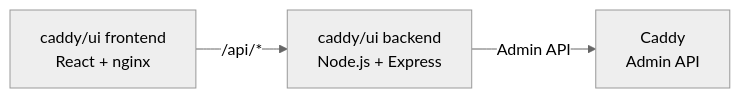
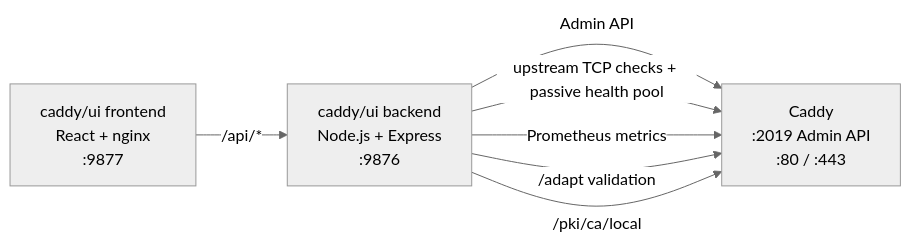
One commit to zackwag/caddy-ui changed the first of 2 diagrams in docs/src/architecture.md. Above: the diagram before and after it, drawn with Mermaid (neutral theme).

Commit message:
fix: moved mermaid closer to origanl

````diff
--- a/docs/src/architecture.md
+++ b/docs/src/architecture.md
@@ -9,11 +9,15 @@
 ```mermaid
 flowchart LR
     accTitle: Request flow
     accDescr: The frontend proxies API requests to the backend. The backend communicates with Caddy's admin API.
-    FE["caddy/ui frontend<br/>React + nginx"]
-    BE["caddy/ui backend<br/>Node.js + Express"]
-    CA["Caddy<br/>Admin API"]
+    FE["caddy/ui frontend<br/>React + nginx<br/>:9877"]
+    BE["caddy/ui backend<br/>Node.js + Express<br/>:9876"]
+    CA["Caddy<br/>:2019 Admin API<br/>:80 / :443"]
 
     FE -->|"/api/*"| BE
     BE -->|"Admin API"| CA
+    BE -->|"upstream TCP checks + passive health pool"| CA
+    BE -->|"Prometheus metrics"| CA
+    BE -->|"/adapt validation"| CA
+    BE -->|"/pki/ca/local"| CA
 ```
````
